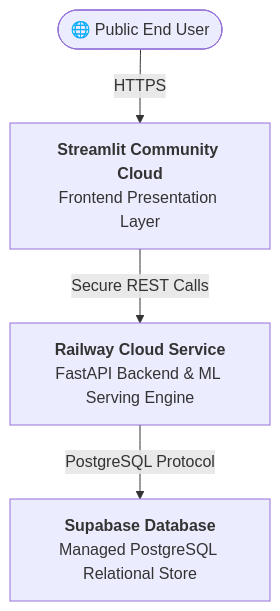
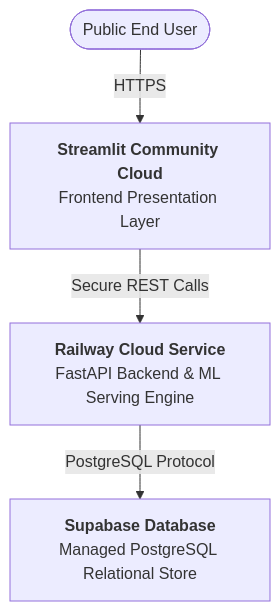
The third of 3 diagrams in README.md (lutfiindraa/smart-retail-intelligence), drawn with Mermaid before and after one commit. The commit also changed other lines of this file, not shown here.

````diff
--- a/README.md
+++ b/README.md
@@ -459,6 +459,6 @@
 ```mermaid
 graph TD
-    User([🌐 Public End User]) -->|HTTPS| StreamlitCloud["<b>Streamlit Community Cloud</b><br>Frontend Presentation Layer"]
+    User([ Public End User]) -->|HTTPS| StreamlitCloud["<b>Streamlit Community Cloud</b><br>Frontend Presentation Layer"]
     StreamlitCloud -->|Secure REST Calls| Railway["<b>Railway Cloud Service</b><br>FastAPI Backend & ML Serving Engine"]
     Railway -->|PostgreSQL Protocol| Supabase["<b>Supabase Database</b><br>Managed PostgreSQL Relational Store"]
 ```
````
